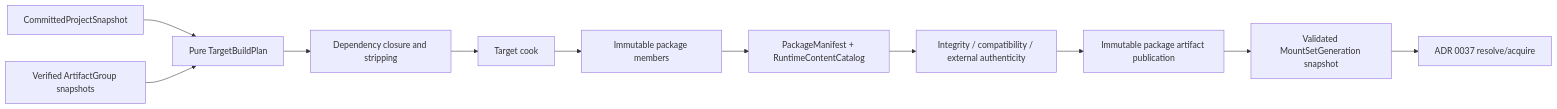
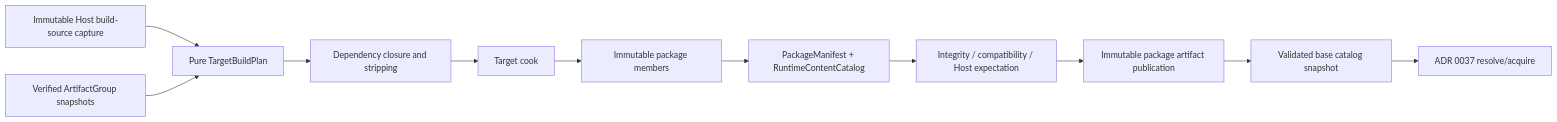
The diagram in docs/architecture/adr/0088-target-build-cook-package-and-runtime-content-catalog.md (Latias94/nara), drawn with Mermaid before and after one commit. The commit also changed other lines of this file and 39 other files, not shown here.

First line of the commit message:
docs(architecture): rebaseline foundation and extension design

````diff
--- a/docs/architecture/adr/0088-target-build-cook-package-and-runtime-content-catalog.md
+++ b/docs/architecture/adr/0088-target-build-cook-package-and-runtime-content-catalog.md
@@ -38,18 +40,18 @@
 ```mermaid
 flowchart LR
-    Revision[CommittedProjectSnapshot]
+    Revision[Immutable Host build-source capture]
     Artifacts[Verified ArtifactGroup snapshots]
     Plan[Pure TargetBuildPlan]
     Closure[Dependency closure and stripping]
     Cook[Target cook]
     Members[Immutable package members]
     Manifest[PackageManifest + RuntimeContentCatalog]
-    Verify[Integrity / compatibility / external authenticity]
+    Verify[Integrity / compatibility / Host expectation]
     Publish[Immutable package artifact publication]
-    Mount[Validated MountSetGeneration snapshot]
+    Mount[Validated base catalog snapshot]
     Load[ADR 0037 resolve/acquire]
 
     Revision --> Plan
     Artifacts --> Plan
     Plan --> Closure --> Cook --> Members --> Manifest --> Verify --> Publish --> Mount --> Load
 ```
````
